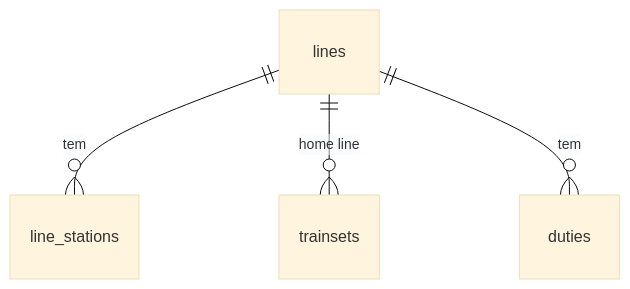
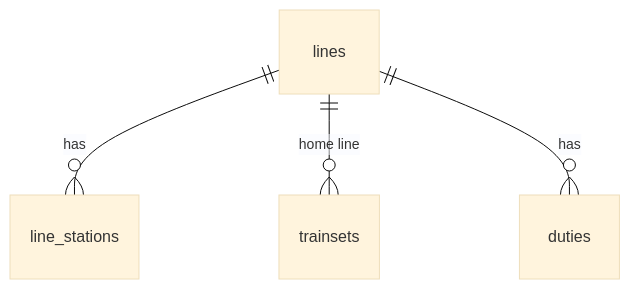
The second of 17 diagrams in docs/schema.md (denysbp/Railtrace), drawn with Mermaid (base theme) before and after one commit. The commit also changed other lines of this file and 64 other files, not shown here.

````diff
--- a/docs/schema.md
+++ b/docs/schema.md
@@ -157,6 +157,6 @@
 ```mermaid
 erDiagram
-    lines ||--o{ line_stations : "tem"
+    lines ||--o{ line_stations : "has"
     lines ||--o{ trainsets : "home line"
-    lines ||--o{ duties : "tem"
+    lines ||--o{ duties : "has"
 ```
````
